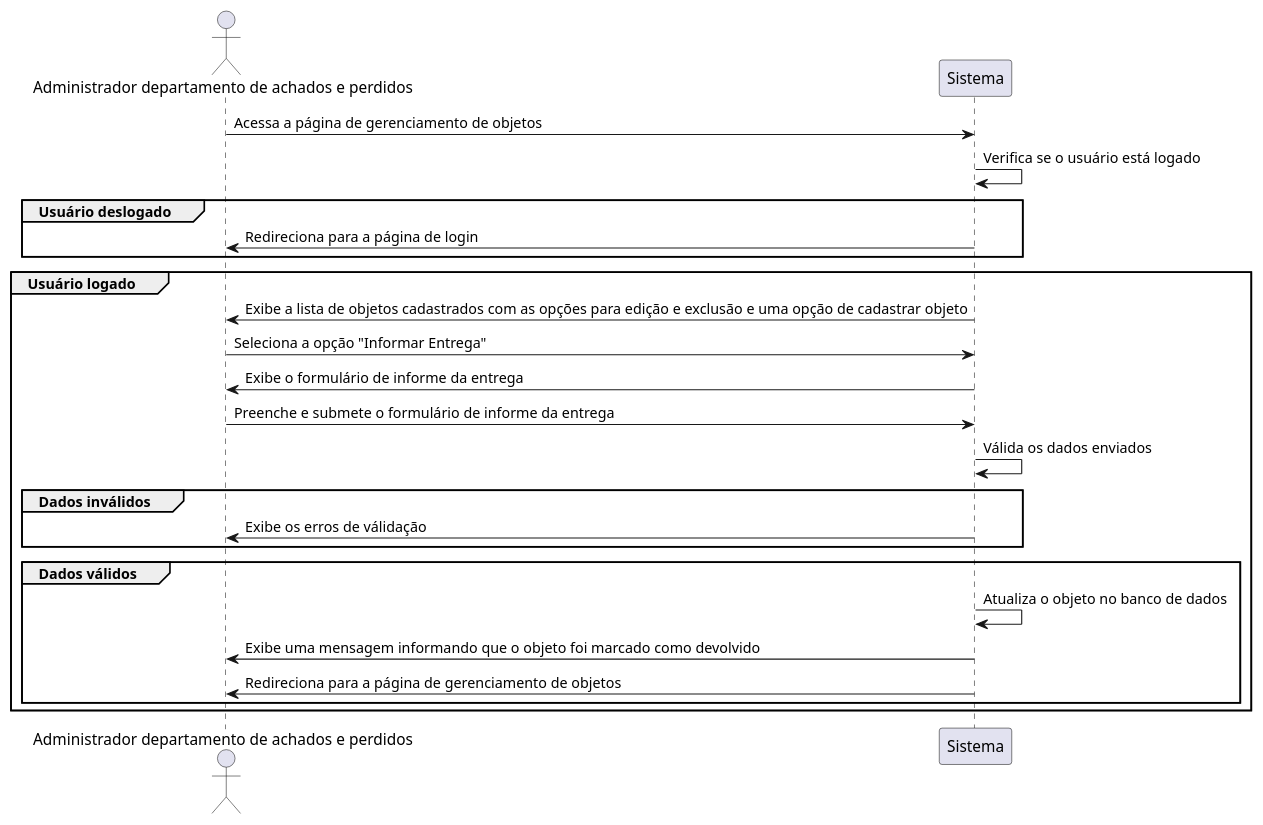
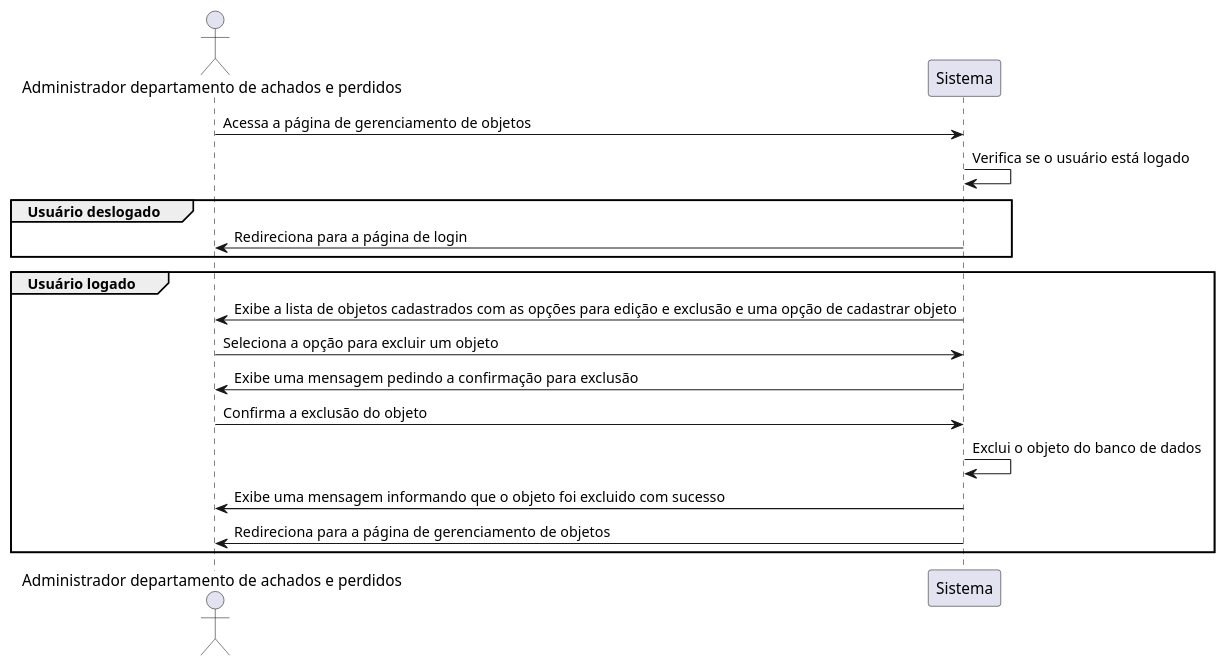
One commit to treinaweb/desafio-achados-e-perdidos changed the diagram in casos-de-uso/administrador/RAP05.wsd. Above: the diagram before and after it, drawn with PlantUML. The commit also changed 11 other files, not shown here.

```diff
--- a/casos-de-uso/administrador/RAP05.wsd
+++ b/casos-de-uso/administrador/RAP05.wsd
@@ -1,31 +1,23 @@
 @startuml RAP05
 
 actor "Administrador departamento de achados e perdidos" as admin
 participant "Sistema" as sistema
 
 admin -> sistema: Acessa a página de gerenciamento de objetos
 sistema -> sistema: Verifica se o usuário está logado
 
 group Usuário deslogado
   sistema -> admin: Redireciona para a página de login
 end
 
 group Usuário logado
   sistema -> admin: Exibe a lista de objetos cadastrados com as opções para edição e exclusão e uma opção de cadastrar objeto
-  admin -> sistema: Seleciona a opção "Informar Entrega"
-  sistema -> admin: Exibe o formulário de informe da entrega
-  admin -> sistema: Preenche e submete o formulário de informe da entrega
-  sistema -> sistema: Válida os dados enviados
-
-  group Dados inválidos
-    sistema -> admin: Exibe os erros de válidação
-  end
-
-  group Dados válidos
-    sistema -> sistema: Atualiza o objeto no banco de dados
-    sistema -> admin: Exibe uma mensagem informando que o objeto foi marcado como devolvido
-    sistema -> admin: Redireciona para a página de gerenciamento de objetos
-  end
+  admin -> sistema: Seleciona a opção para excluir um objeto
+  sistema -> admin: Exibe uma mensagem pedindo a confirmação para exclusão
+  admin -> sistema: Confirma a exclusão do objeto
+  sistema -> sistema: Exclui o objeto do banco de dados
+  sistema -> admin: Exibe uma mensagem informando que o objeto foi excluido com sucesso
+  sistema -> admin: Redireciona para a página de gerenciamento de objetos
 end
 
 @enduml
```
